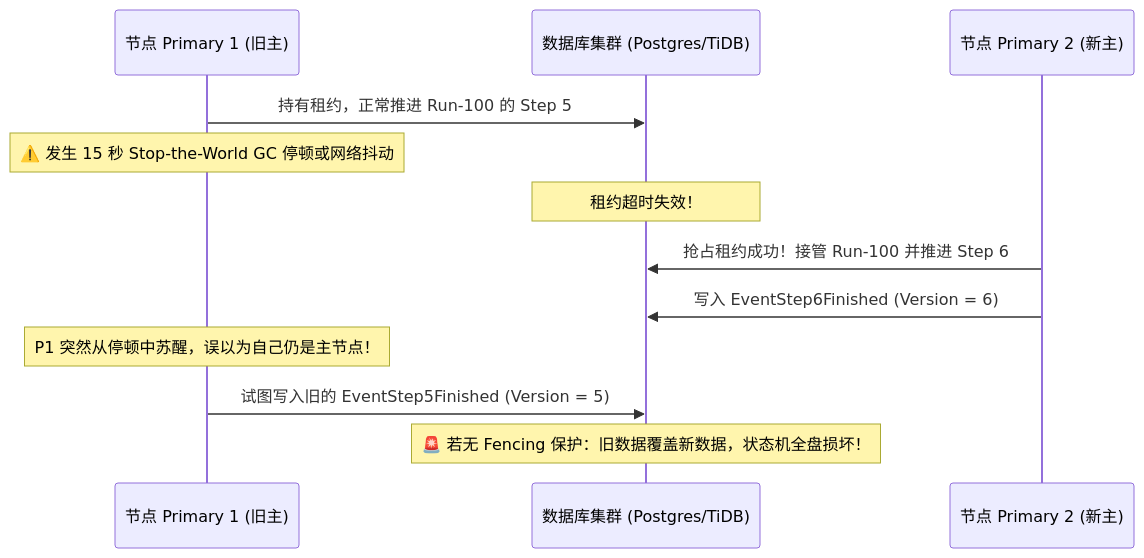
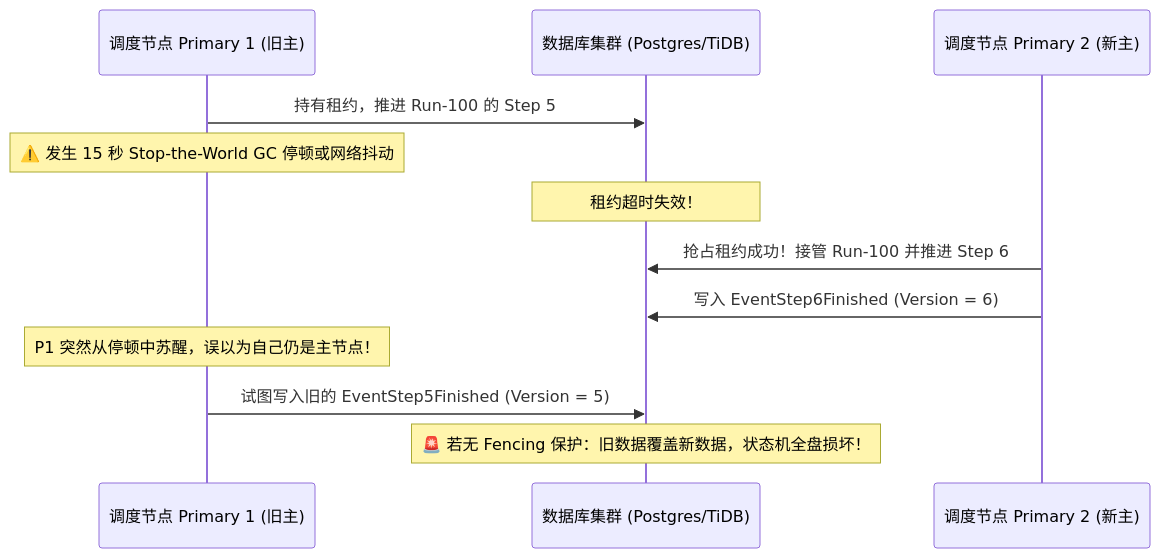
One commit to MoreConsequence/MoreConsequence.github.io changed the first of 3 diagrams in content/posts/oract-05-distributed-lease-and-fencing.md. Above: the diagram before and after it, drawn with Mermaid. The commit also changed other lines of this file and 11 other files, not shown here.

````diff
--- a/content/posts/oract-05-distributed-lease-and-fencing.md
+++ b/content/posts/oract-05-distributed-lease-and-fencing.md
@@ -17,15 +17,15 @@
 ```mermaid
 sequenceDiagram
-    participant P1 as 节点 Primary 1 (旧主)
+    participant P1 as 调度节点 Primary 1 (旧主)
     participant DB as 数据库集群 (Postgres/TiDB)
-    participant P2 as 节点 Primary 2 (新主)
+    participant P2 as 调度节点 Primary 2 (新主)
 
-    P1->>DB: 持有租约，正常推进 Run-100 的 Step 5
+    P1->>DB: 持有租约，推进 Run-100 的 Step 5
     Note over P1: ⚠️ 发生 15 秒 Stop-the-World GC 停顿或网络抖动
     Note over DB: 租约超时失效！
     P2->>DB: 抢占租约成功！接管 Run-100 并推进 Step 6
     P2->>DB: 写入 EventStep6Finished (Version = 6)
     Note over P1: P1 突然从停顿中苏醒，误以为自己仍是主节点！
     P1->>DB: 试图写入旧的 EventStep5Finished (Version = 5)
     Note over DB: 🚨 若无 Fencing 保护：旧数据覆盖新数据，状态机全盘损坏！
 ```
````
